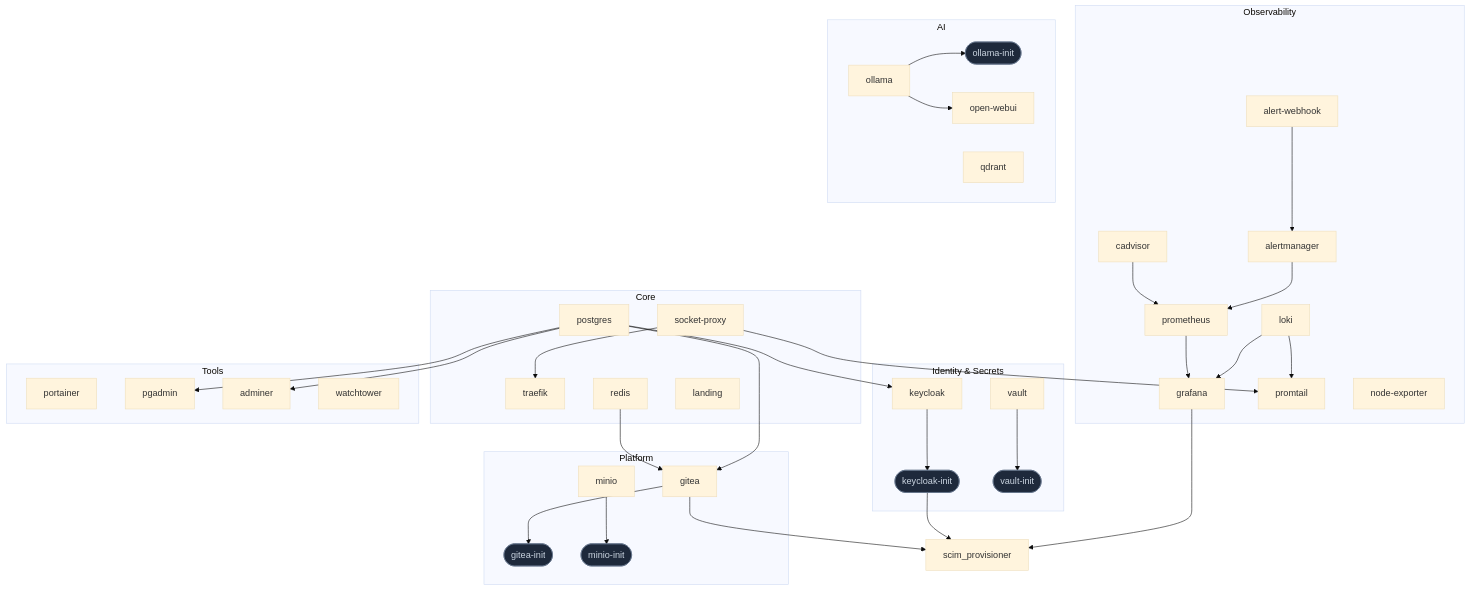
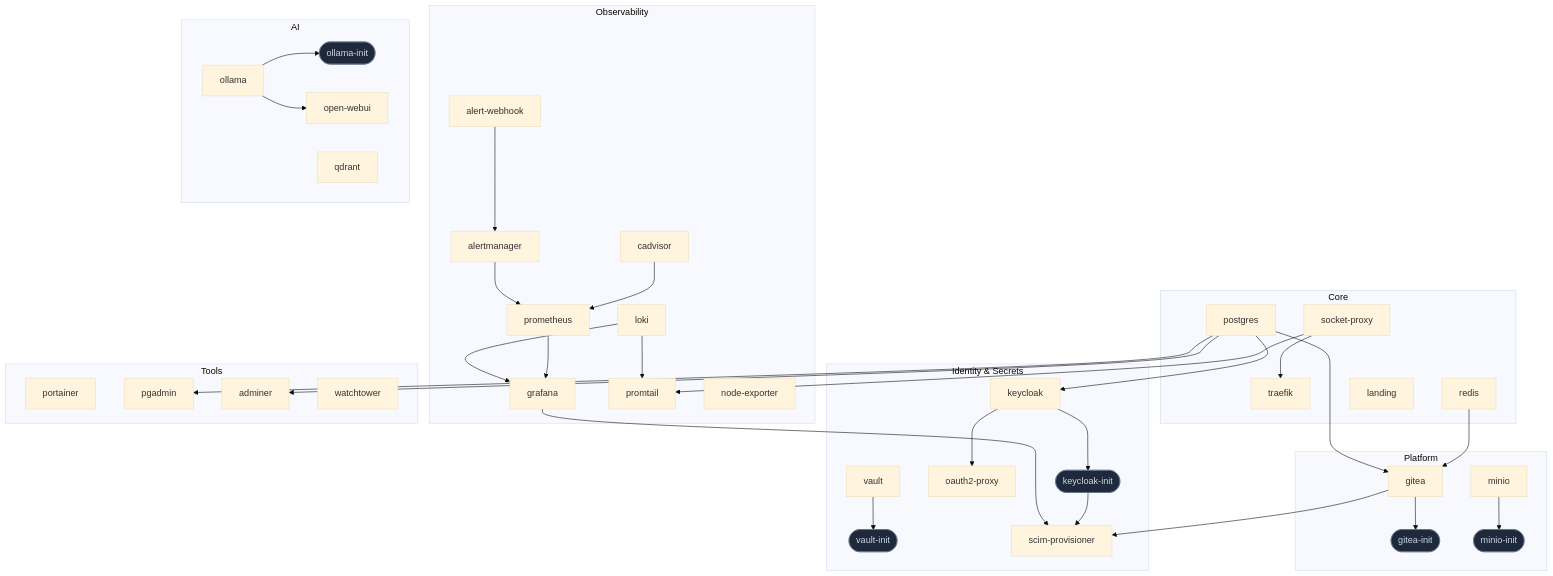
The diagram in architecture/dependency-graph.mmd (chriswayneh/lab-in-a-box), drawn with Mermaid (base theme) before and after one commit. The commit also changed 18 other files, not shown here.

````diff
--- a/architecture/dependency-graph.mmd
+++ b/architecture/dependency-graph.mmd
@@ -1,70 +1,73 @@
 %% GENERATED FILE — do not edit by hand. Regenerate with: make docs
 %% Renders natively on GitHub inside a ```mermaid fence.
 graph TD
     subgraph Core["Core"]
         traefik["traefik"]
         socket_proxy["socket-proxy"]
         postgres["postgres"]
         redis["redis"]
         landing["landing"]
     end
     subgraph Identity_and_Secrets["Identity & Secrets"]
         keycloak["keycloak"]
         keycloak_init(["keycloak-init"])
+        oauth2_proxy["oauth2-proxy"]
         vault["vault"]
         vault_init(["vault-init"])
+        scim_provisioner["scim-provisioner"]
     end
     subgraph Observability["Observability"]
         prometheus["prometheus"]
         alertmanager["alertmanager"]
         alert_webhook["alert-webhook"]
         grafana["grafana"]
         loki["loki"]
         promtail["promtail"]
         cadvisor["cadvisor"]
         node_exporter["node-exporter"]
     end
     subgraph AI["AI"]
         ollama["ollama"]
         ollama_init(["ollama-init"])
         open_webui["open-webui"]
         qdrant["qdrant"]
     end
     subgraph Platform["Platform"]
         gitea["gitea"]
         gitea_init(["gitea-init"])
         minio["minio"]
         minio_init(["minio-init"])
     end
     subgraph Tools["Tools"]
         portainer["portainer"]
         pgadmin["pgadmin"]
         adminer["adminer"]
         watchtower["watchtower"]
     end
 
     postgres --> adminer
     alert_webhook --> alertmanager
     postgres --> gitea
     redis --> gitea
     gitea --> gitea_init
     loki --> grafana
     prometheus --> grafana
     postgres --> keycloak
     keycloak --> keycloak_init
+    keycloak --> oauth2_proxy
     minio --> minio_init
     ollama --> ollama_init
     ollama --> open_webui
     postgres --> pgadmin
     alertmanager --> prometheus
     cadvisor --> prometheus
     loki --> promtail
     socket_proxy --> promtail
     gitea --> scim_provisioner
     grafana --> scim_provisioner
     keycloak_init --> scim_provisioner
     socket_proxy --> traefik
     vault --> vault_init
 
     classDef initJob fill:#1e293b,stroke:#64748b,stroke-width:1px,color:#cbd5e1;
     class gitea_init,keycloak_init,minio_init,ollama_init,vault_init initJob;
````
